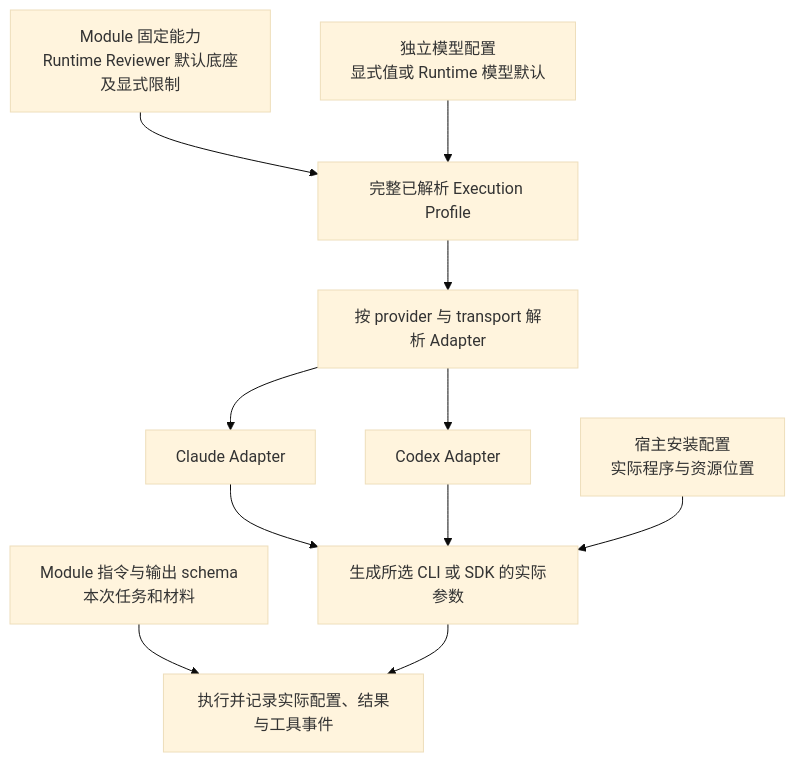
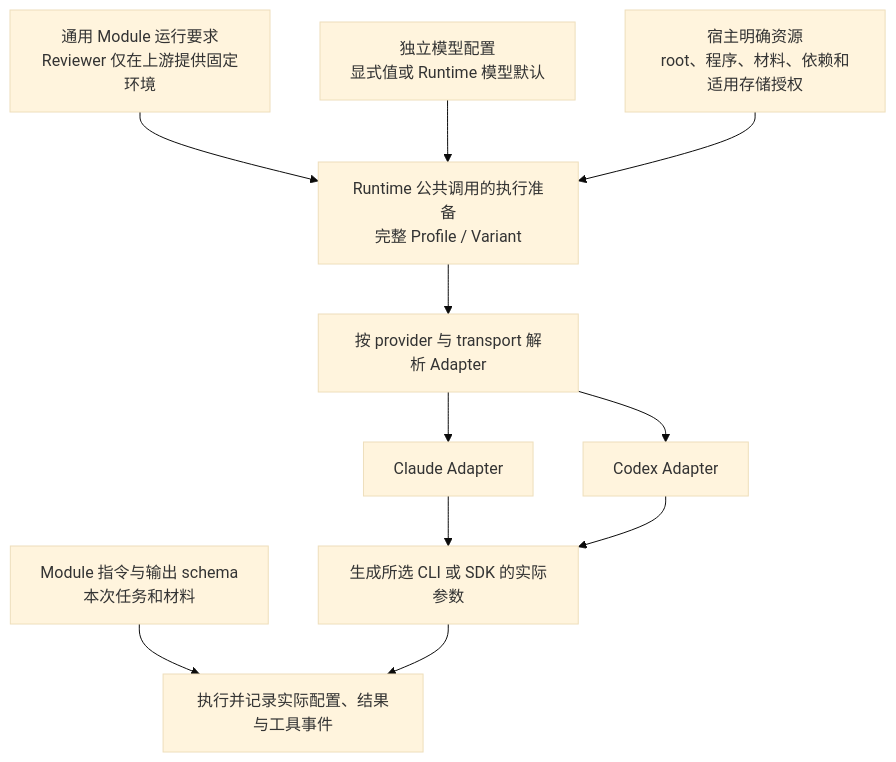
Before and after one commit to bobaoai/agent_runtime: the second of 2 diagrams in designDoc/agent_runtime_08_agent_execution_adapter_contract.md, drawn with Mermaid (base theme). The commit also changed other lines of this file and 22 other files, not shown here.

Commit message:
refactor: separate generic module authoring from reviewer defaults

````diff
--- a/designDoc/agent_runtime_08_agent_execution_adapter_contract.md
+++ b/designDoc/agent_runtime_08_agent_execution_adapter_contract.md
@@ -297,13 +309,13 @@
 ```mermaid
 flowchart TD
-    M["Module 固定能力<br/>Runtime Reviewer 默认底座及显式限制"] --> P["完整已解析 Execution Profile"]
+    M["通用 Module 运行要求<br/>Reviewer 仅在上游提供固定环境"] --> P["Runtime 公共调用的执行准备<br/>完整 Profile / Variant"]
     MC["独立模型配置<br/>显式值或 Runtime 模型默认"] --> P
     P --> R["按 provider 与 transport 解析 Adapter"]
     R --> C["Claude Adapter"]
     R --> X["Codex Adapter"]
     C --> A["生成所选 CLI 或 SDK 的实际参数"]
     X --> A
-    H["宿主安装配置<br/>实际程序与资源位置"] --> A
+    H["宿主明确资源<br/>root、程序、材料、依赖和适用存储授权"] --> P
     I["Module 指令与输出 schema<br/>本次任务和材料"] --> E["执行并记录实际配置、结果与工具事件"]
     A --> E
 ```
````
